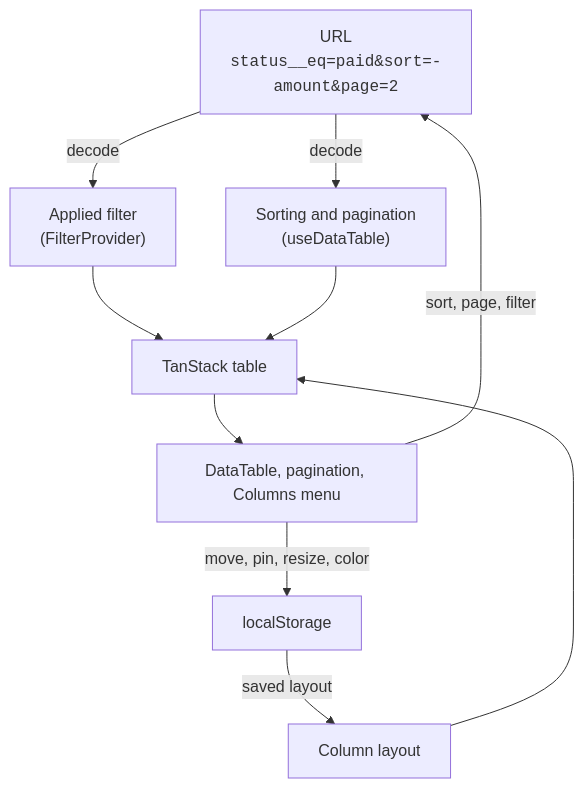
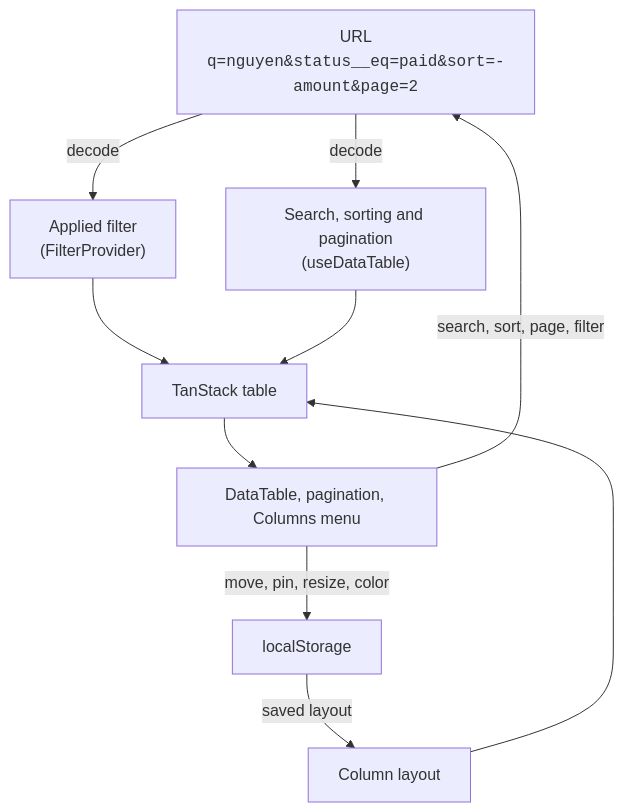
One commit to minhduoc-tran/tablecn changed the diagram in apps/web/content/docs/table/index.mdx. Above: the diagram before and after it, drawn with Mermaid. The commit also changed other lines of this file and 45 other files, not shown here.

Commit message:
feat: add a table search kept in the URL as q

````diff
--- a/apps/web/content/docs/table/index.mdx
+++ b/apps/web/content/docs/table/index.mdx
@@ -34,13 +35,13 @@
 ```mermaid
 flowchart TD
-  url["URL<br/><code>status__eq=paid&amp;sort=-amount&amp;page=2</code>"]
+  url["URL<br/><code>q=nguyen&amp;status__eq=paid&amp;sort=-amount&amp;page=2</code>"]
   url -- "decode" --> filter["Applied filter<br/>(FilterProvider)"]
-  url -- "decode" --> state["Sorting and pagination<br/>(useDataTable)"]
+  url -- "decode" --> state["Search, sorting and pagination<br/>(useDataTable)"]
   storage["localStorage"] -- "saved layout" --> layout["Column layout"]
   filter --> table["TanStack table"]
   state --> table
   layout --> table
   table --> ui["DataTable, pagination, Columns menu"]
-  ui -- "sort, page, filter" --> url
+  ui -- "search, sort, page, filter" --> url
   ui -- "move, pin, resize, color" --> storage
 ```
````
